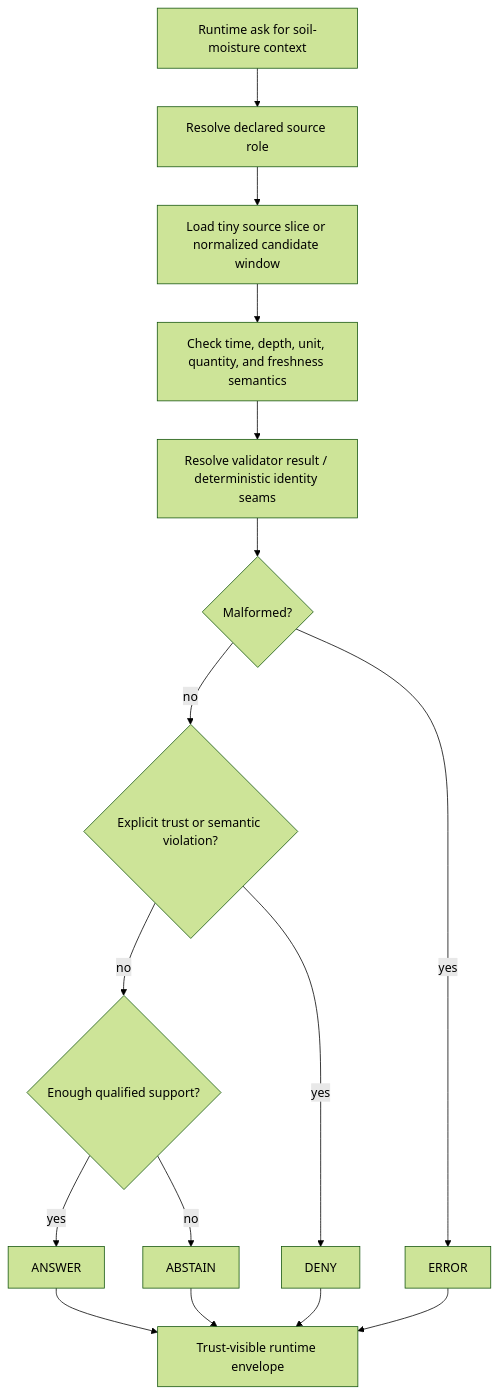
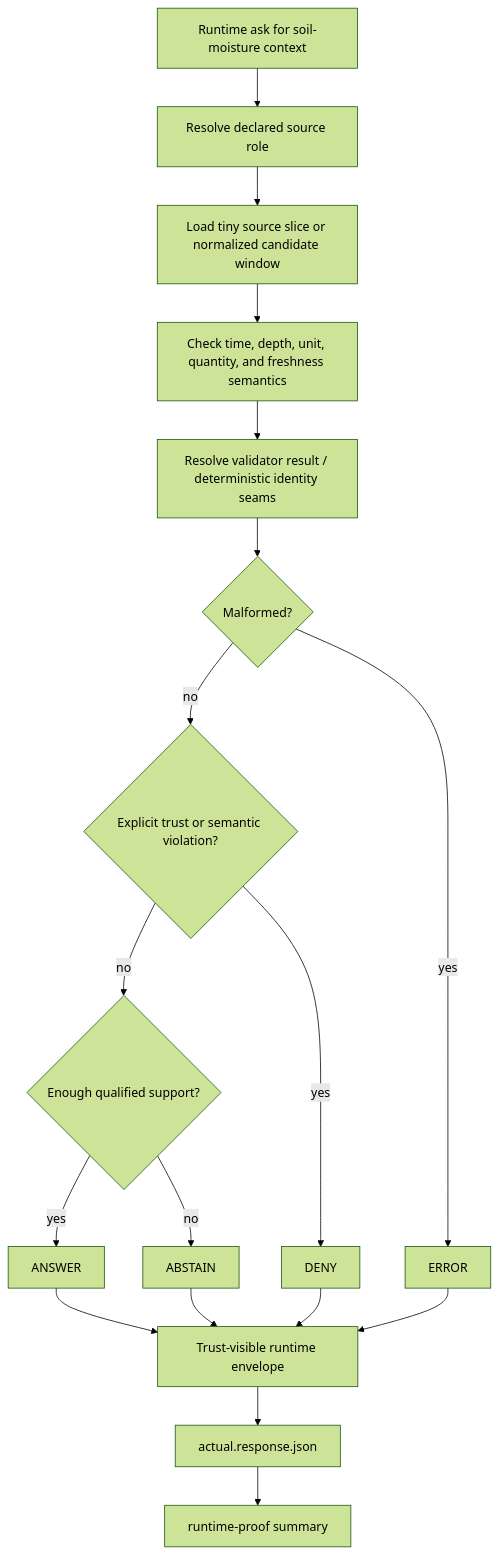
One commit to bartytime4life/Kansas-Frontier-Matrix changed the diagram in tests/e2e/runtime_proof/soil_moisture/README.md. Above: the diagram before and after it, drawn with Mermaid (forest theme). The commit also changed other lines of this file, not shown here.

````diff
--- a/tests/e2e/runtime_proof/soil_moisture/README.md
+++ b/tests/e2e/runtime_proof/soil_moisture/README.md
@@ -419,18 +441,21 @@
 ```mermaid
 flowchart TD
   Q[Runtime ask for soil-moisture context] --> A[Resolve declared source role]
   A --> B[Load tiny source slice or normalized candidate window]
   B --> C[Check time, depth, unit, quantity, and freshness semantics]
   C --> D[Resolve validator result / deterministic identity seams]
   D --> E{Malformed?}
   E -- yes --> F[ERROR]
   E -- no --> G{Explicit trust or semantic violation?}
   G -- yes --> H[DENY]
   G -- no --> I{Enough qualified support?}
   I -- no --> J[ABSTAIN]
   I -- yes --> K[ANSWER]
   K --> L[Trust-visible runtime envelope]
   J --> L
   H --> L
   F --> L
+
+  L --> M[actual.response.json]
+  M --> N[runtime-proof summary]
 ```
````
